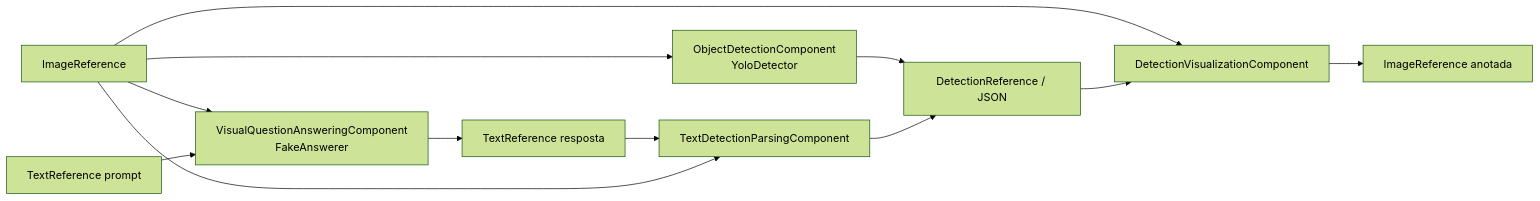
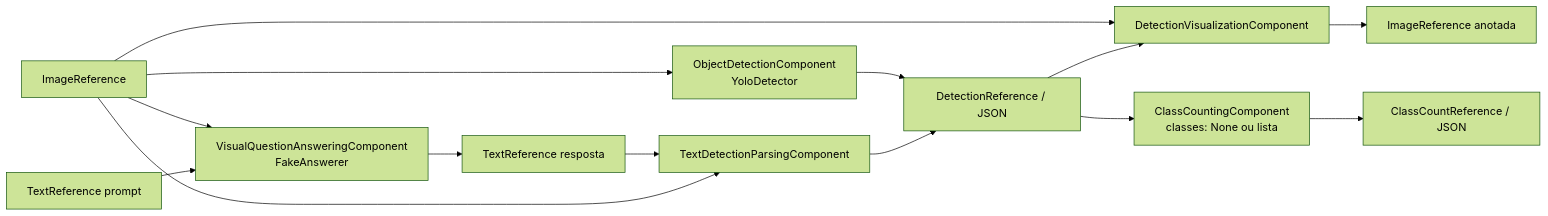
One commit to iagopirone/mlops-workflows changed the first of 2 diagrams in docs/diagrams/current-pipeline.md. Above: the diagram before and after it, drawn with Mermaid (forest theme). The commit also changed other lines of this file and 26 other files, not shown here.

Commit message:
feat(counting): implementa contagem de classes por domínio (VISRES-337)

````diff
--- a/docs/diagrams/current-pipeline.md
+++ b/docs/diagrams/current-pipeline.md
@@ -35,14 +35,16 @@
 ```mermaid
 flowchart LR
   I[ImageReference] --> D[ObjectDetectionComponent<br/>YoloDetector]
   D --> J[DetectionReference / JSON]
   I --> V[DetectionVisualizationComponent]
   J --> V
   V --> A[ImageReference anotada]
   I --> Q[VisualQuestionAnsweringComponent<br/>FakeAnswerer]
   P[TextReference prompt] --> Q
   Q --> R[TextReference resposta]
   R --> T[TextDetectionParsingComponent]
   I --> T
   T --> J
+  J --> C[ClassCountingComponent<br/>classes: None ou lista]
+  C --> K[ClassCountReference / JSON]
 ```
````
